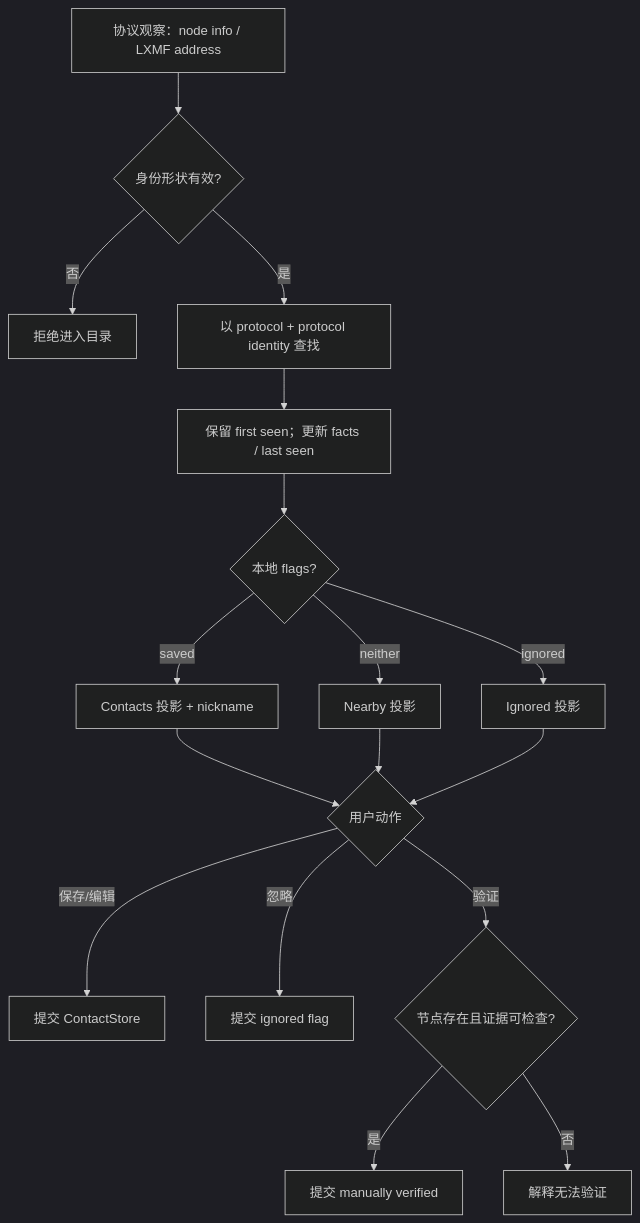
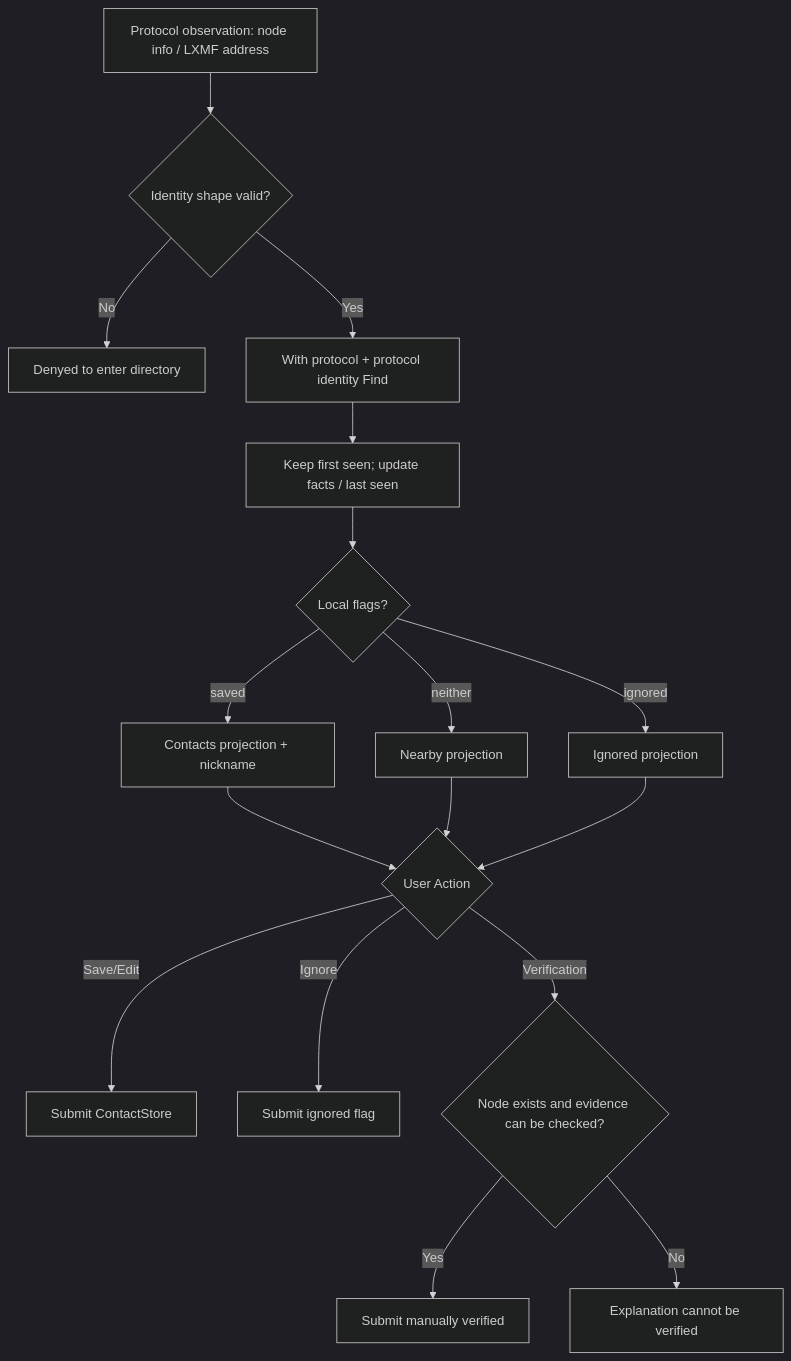
Before and after one commit to manmuqingshan/trail-mate: the diagram in docs/design/use-case-diagrams/manage-peer-directory/activity.md, drawn with Mermaid (dark theme). The commit also changed other lines of this file and 527 other files, not shown here.

````diff
--- a/docs/design/use-case-diagrams/manage-peer-directory/activity.md
+++ b/docs/design/use-case-diagrams/manage-peer-directory/activity.md
@@ -3,19 +3,19 @@
 ```mermaid
 flowchart TD
-  Rx["协议观察：node info / LXMF address"] --> Valid{"身份形状有效?"}
-  Valid -- 否 --> Drop["拒绝进入目录"]
-  Valid -- 是 --> Key["以 protocol + protocol identity 查找"]
-  Key --> Upsert["保留 first seen；更新 facts / last seen"]
-  Upsert --> Project{"本地 flags?"}
-  Project -- ignored --> Ignored["Ignored 投影"]
-  Project -- saved --> Contacts["Contacts 投影 + nickname"]
-  Project -- neither --> Nearby["Nearby 投影"]
-  Contacts --> Action{"用户动作"}
+ Rx["Protocol observation: node info / LXMF address"] --> Valid{"Identity shape valid?"}
+ Valid -- No --> Drop["Denyed to enter directory"]
+ Valid -- Yes --> Key["With protocol + protocol identity Find"]
+ Key --> Upsert["Keep first seen; update facts / last seen"]
+ Upsert --> Project{"Local flags?"}
+ Project -- ignored --> Ignored["Ignored projection"]
+ Project -- saved --> Contacts["Contacts projection + nickname"]
+ Project -- neither --> Nearby["Nearby projection"]
+ Contacts --> Action{"User Action"}
   Nearby --> Action
   Ignored --> Action
-  Action -- 保存/编辑 --> Save["提交 ContactStore"]
-  Action -- 忽略 --> Flag["提交 ignored flag"]
-  Action -- 验证 --> Verify{"节点存在且证据可检查?"}
-  Verify -- 是 --> Verified["提交 manually verified"]
-  Verify -- 否 --> Error["解释无法验证"]
+ Action -- Save/Edit --> Save["Submit ContactStore"]
+ Action -- Ignore --> Flag["Submit ignored flag"]
+ Action -- Verification --> Verify{"Node exists and evidence can be checked?"}
+ Verify -- Yes --> Verified["Submit manually verified"]
+ Verify -- No --> Error["Explanation cannot be verified"]
 ```
````
